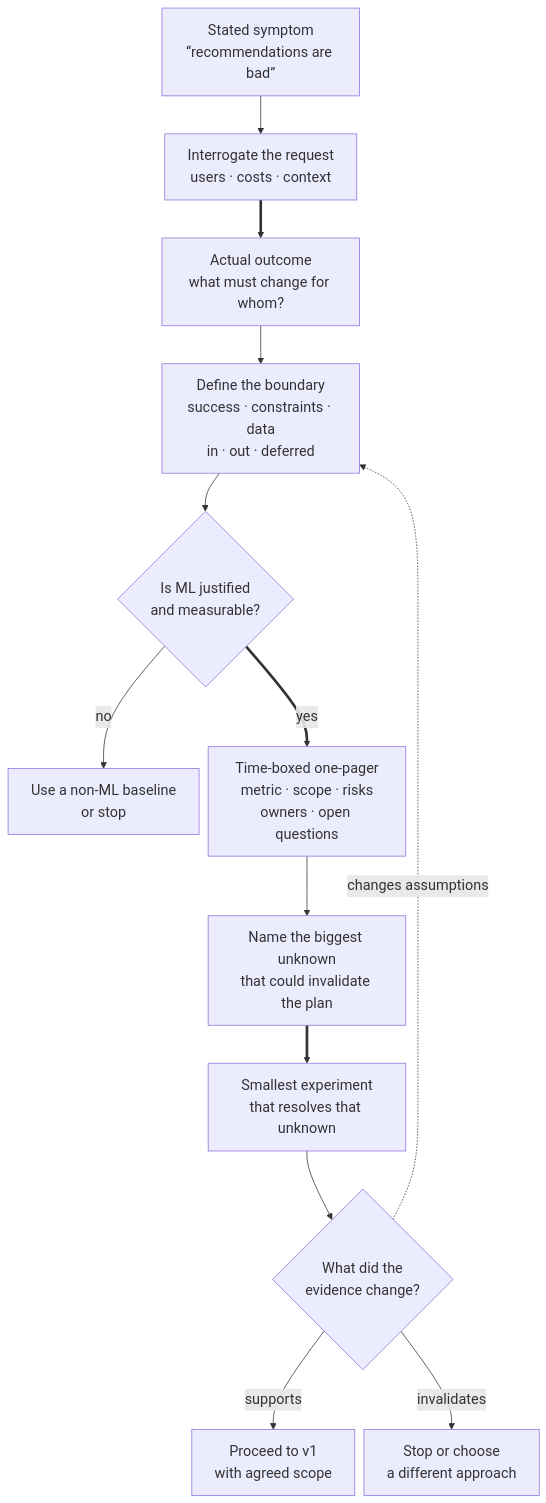
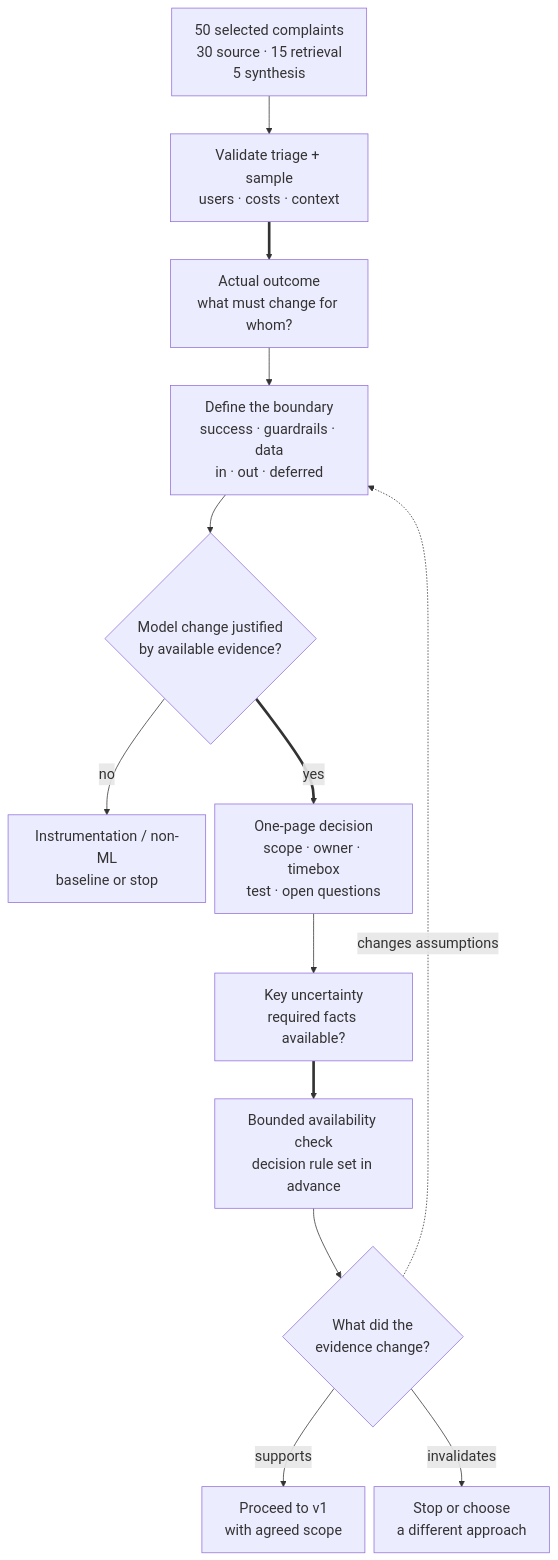
Before and after one commit to mlmentorship/mlmentorship.github.io: the diagram in src/content/posts/2026-04-23-scope-ambiguous-problem.md, drawn with Mermaid. The commit also changed other lines of this file and 258 other files, not shown here.

````diff
--- a/src/content/posts/2026-04-23-scope-ambiguous-problem.md
+++ b/src/content/posts/2026-04-23-scope-ambiguous-problem.md
@@ -55,24 +30,24 @@
 ```mermaid
 %%{init: {"themeVariables": {"fontSize": "19px"}, "flowchart": {"nodeSpacing": 12}}}%%
 flowchart TB
-	accTitle: A senior scoping loop from an ambiguous request to an evidence-backed decision
-	accDescr: Start with a stakeholder's symptom, interrogate it to identify the actual user or business outcome, then define success, constraints, data, and non-goals. Decide whether machine learning is justified. If not, choose a non-ML baseline or stop. If it is, write a time-boxed one-pager that names scope, metrics, risks, and open questions. Select the biggest unknown, run the smallest experiment that can resolve it, and use evidence to proceed, rescope and repeat, or stop.
-	A["Stated symptom<br/>“recommendations are bad”"] --> B["Interrogate the request<br/>users · costs · context"]
+	accTitle: A selected complaint sample guides a bounded scoping test
+	accDescr: The fictional sample contains 30 missing-source, 15 retrieval and five synthesis cases. These are selected complaint categories, not population rates. Validate their assignment, identify the affected user outcome and define scope, constraints and non-goals. Check authoritative source availability before assuming a larger generator addresses the dominant assigned cause. A bounded test can support v1, rescope, select a non-ML path or stop; its owner records evidence and a decision date.
+	A["50 selected complaints<br/>30 source · 15 retrieval<br/>5 synthesis"] --> B["Validate triage + sample<br/>users · costs · context"]
 	B ==> C["Actual outcome<br/>what must change for whom?"]
-	C --> D["Define the boundary<br/>success · constraints · data<br/>in · out · deferred"]
-	D --> E{"Is ML justified<br/>and measurable?"}
-	E -->|"no"| F["Use a non-ML baseline<br/>or stop"]
-	E ==>|"yes"| G["Time-boxed one-pager<br/>metric · scope · risks<br/>owners · open questions"]
-	G --> H["Name the biggest unknown<br/>that could invalidate the plan"]
-	H ==> I["Smallest experiment<br/>that resolves that unknown"]
+	C --> D["Define the boundary<br/>success · guardrails · data<br/>in · out · deferred"]
+	D --> E{"Model change justified<br/>by available evidence?"}
+	E -->|"no"| F["Instrumentation / non-ML<br/>baseline or stop"]
+	E ==>|"yes"| G["One-page decision<br/>scope · owner · timebox<br/>test · open questions"]
+	G --> H["Key uncertainty<br/>required facts available?"]
+	H ==> I["Bounded availability check<br/>decision rule set in advance"]
 	I --> J{"What did the<br/>evidence change?"}
 	J -->|"supports"| K["Proceed to v1<br/>with agreed scope"]
 	J -. "changes assumptions" .-> D
 	J -->|"invalidates"| L["Stop or choose<br/>a different approach"]
 	class A viz-input
 	class A viz-tall
 	class C,E,H,J viz-focus
 	class D,G viz-state
 	class F,L viz-warning
 	class I,K viz-output
 ```
````
